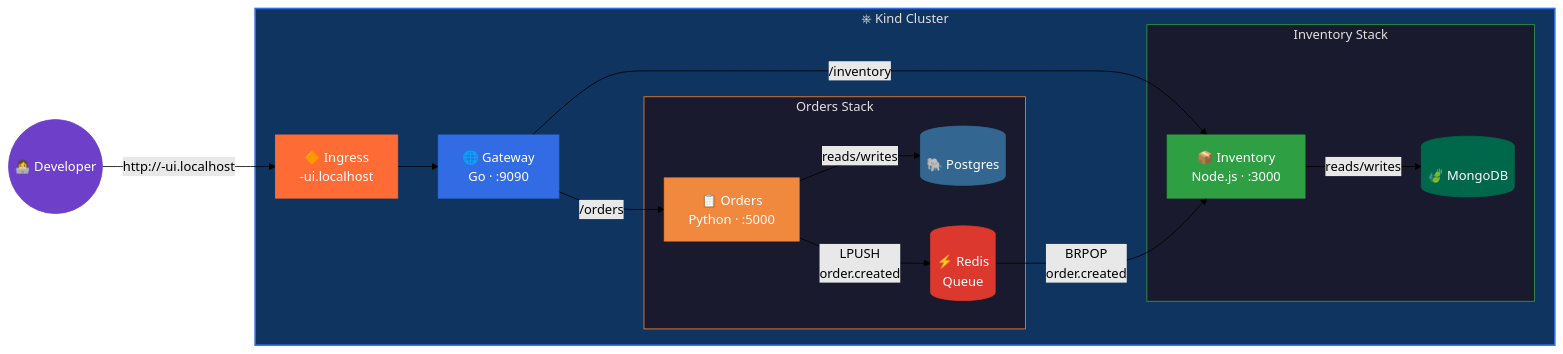
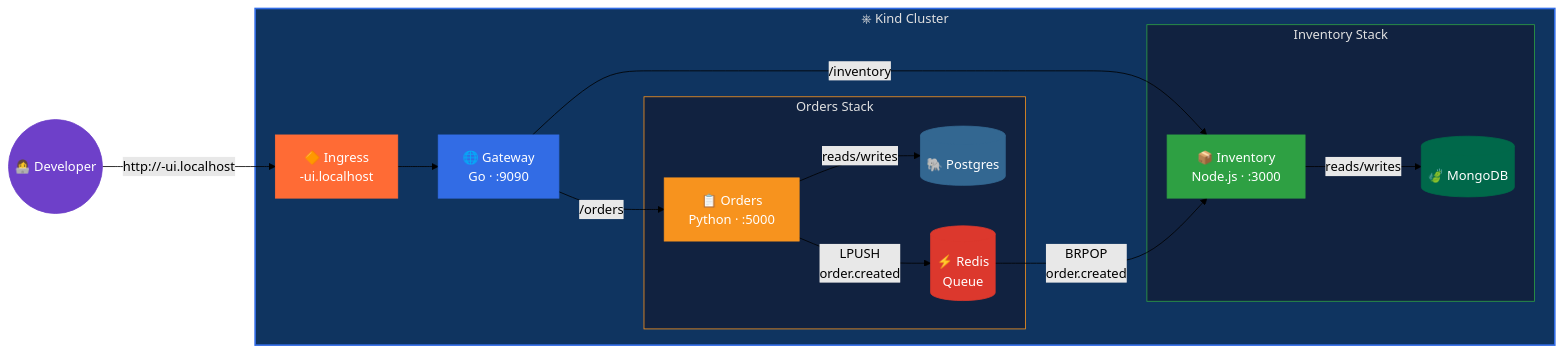
The diagram in examples/microservices/README.md (kindling-sh/kindling), drawn with Mermaid (forest theme) before and after one commit. The commit also changed 4 other files, not shown here.

First line of the commit message:
fix: broken architecture diagram (reserved 'default' keyword), improve diagram branding

````diff
--- a/examples/microservices/README.md
+++ b/examples/microservices/README.md
@@ -16,42 +16,42 @@
 ```mermaid
 flowchart LR
     user(("👩‍💻 Developer"))
 
     subgraph cluster["⎈  Kind Cluster"]
         ingress["🔶 Ingress\n<user>-ui.localhost"]
         gw["🌐 Gateway\nGo · :9090"]
 
         subgraph orders-stack["Orders Stack"]
             orders["📋 Orders\nPython · :5000"]
             pg[("🐘 Postgres")]
             rd[("⚡ Redis\nQueue")]
         end
 
         subgraph inventory-stack["Inventory Stack"]
             inv["📦 Inventory\nNode.js · :3000"]
             mongo[("🍃 MongoDB")]
         end
 
         ingress --> gw
         gw -- "/orders" --> orders
         gw -- "/inventory" --> inv
         orders -- "reads/writes" --> pg
         orders -- "LPUSH\norder.created" --> rd
         rd -- "BRPOP\norder.created" --> inv
         inv -- "reads/writes" --> mongo
     end
 
     user -- "http://<user>-ui.localhost" --> ingress
 
     style cluster fill:#0f3460,stroke:#326CE5,color:#e0e0e0,stroke-width:2px
-    style orders-stack fill:#1a1a2e,stroke:#f0883e,color:#e0e0e0
-    style inventory-stack fill:#1a1a2e,stroke:#2ea043,color:#e0e0e0
+    style orders-stack fill:#112240,stroke:#F7931E,color:#e0e0e0
+    style inventory-stack fill:#112240,stroke:#2ea043,color:#e0e0e0
     style ingress fill:#FF6B35,stroke:#FF6B35,color:#fff
     style gw fill:#326CE5,stroke:#326CE5,color:#fff
-    style orders fill:#f0883e,stroke:#f0883e,color:#fff
+    style orders fill:#F7931E,stroke:#F7931E,color:#fff
     style inv fill:#2ea043,stroke:#2ea043,color:#fff
     style pg fill:#336791,stroke:#336791,color:#fff
     style rd fill:#DC382D,stroke:#DC382D,color:#fff
     style mongo fill:#00684A,stroke:#00684A,color:#fff
     style user fill:#6e40c9,stroke:#6e40c9,color:#fff
 ```
````
